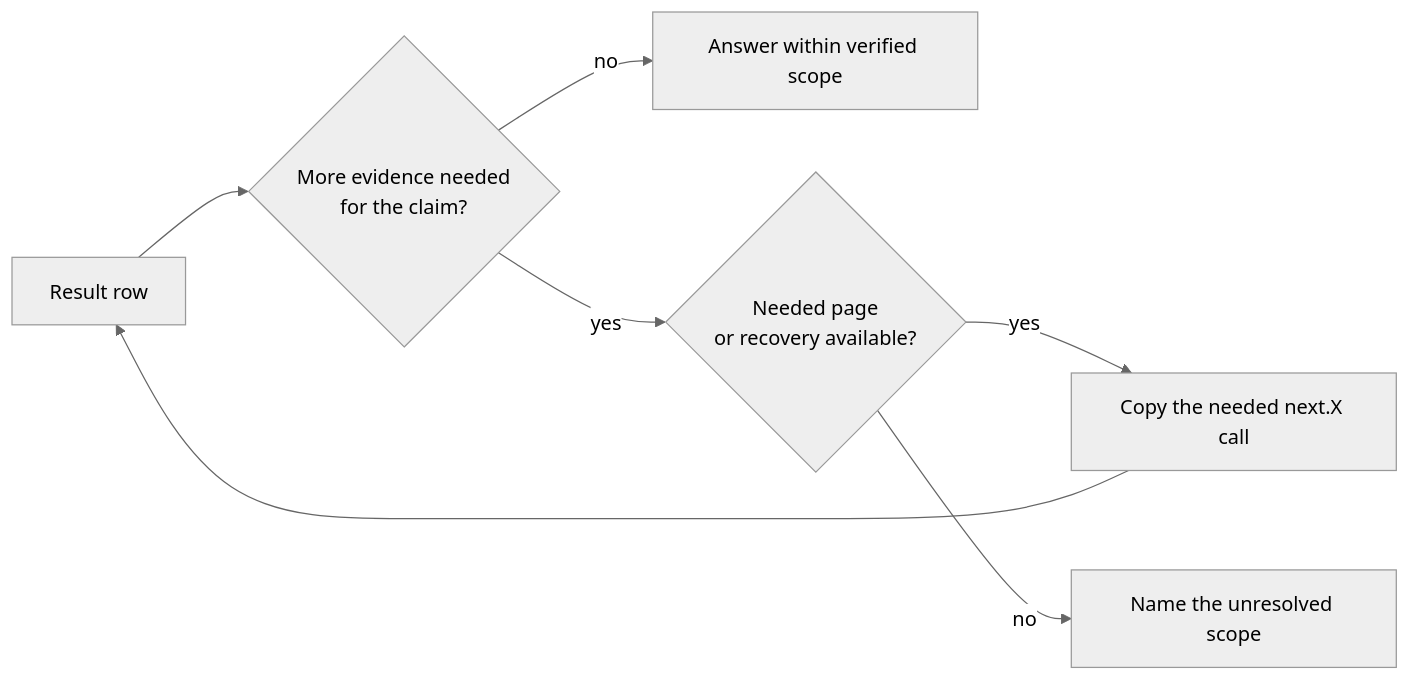
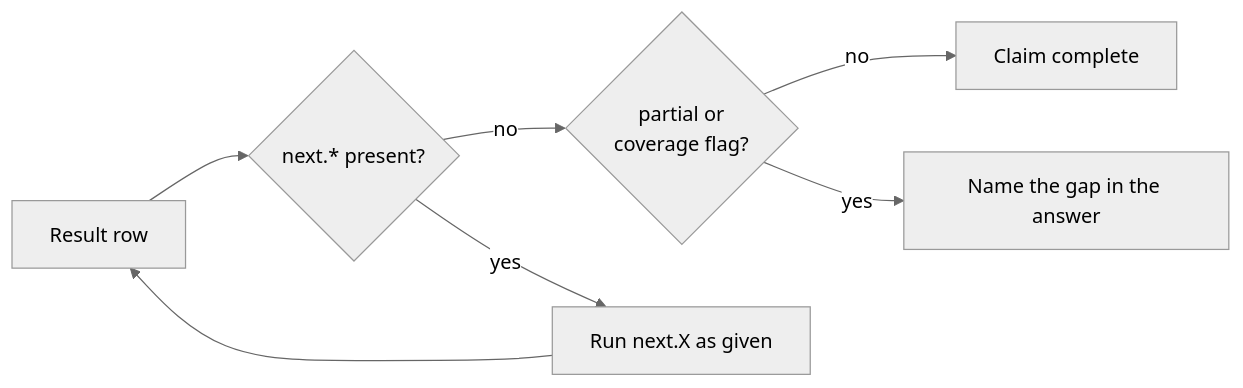
The sixth of 9 diagrams in docs/OCTOCODE_WORKFLOWS.md (bgauryy/octocode-mcp), drawn with Mermaid (neutral theme) before and after one commit. The commit also changed other lines of this file and 351 other files, not shown here.

````diff
--- a/docs/OCTOCODE_WORKFLOWS.md
+++ b/docs/OCTOCODE_WORKFLOWS.md
@@ -198,9 +195,9 @@
 ```mermaid
 flowchart LR
-  R[Result row] --> N{More evidence needed<br/>for the claim?}
-  N -- no --> D[Answer within verified scope]
-  N -- yes --> P{Needed page<br/>or recovery available?}
-  P -- yes --> F[Copy the needed next.X call]
+  R[Result row] --> N{next.* present?}
+  N -- no --> W{partial or<br/>coverage flag?}
+  N -- yes --> F[Run next.X as given]
   F --> R
-  P -- no --> U[Name the unresolved scope]
+  W -- no --> D[Claim complete]
+  W -- yes --> U[Name the gap in the answer]
 ```
````
